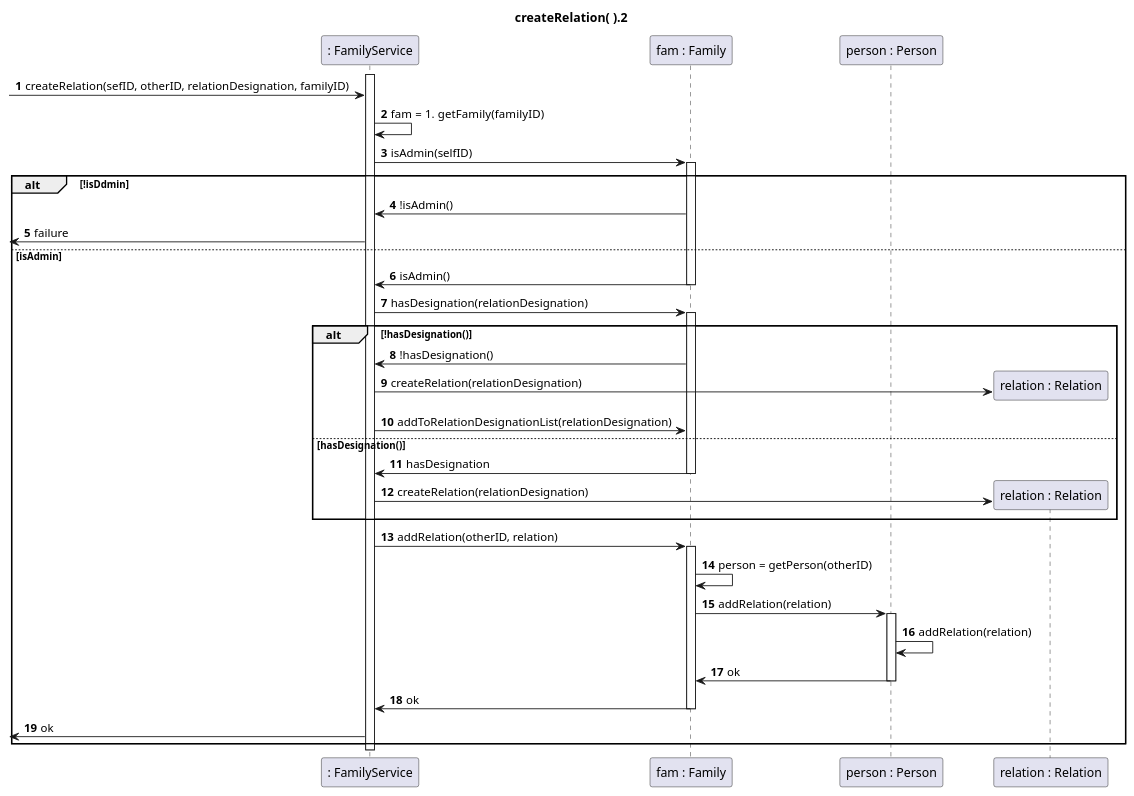
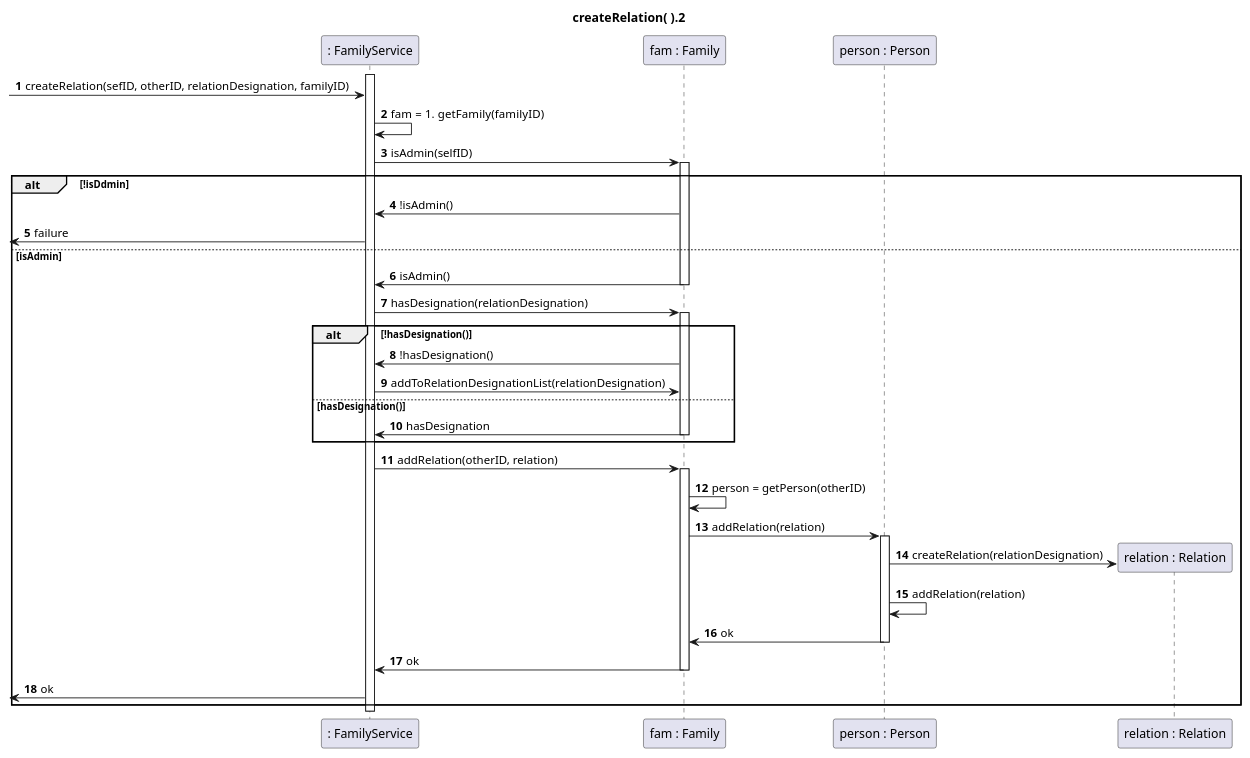
One commit to tomas-osswald/switch_2020_g3 changed the fourth of 5 diagrams in docs/US105_AddRelation.md. Above: the diagram before and after it, drawn with PlantUML. The commit also changed other lines of this file and 4 other files, not shown here.

Commit message:
changes in functionality flow to comply with GRASP principles and changes in documentation

````diff
--- a/docs/US105_AddRelation.md
+++ b/docs/US105_AddRelation.md
@@ -172,58 +172,58 @@
 ```puml
 autonumber
 title createRelation( ).2
 
 participant ": FamilyService" as service
 participant "fam : Family" as fam
 participant "person : Person" as person
 
 activate service
 -> service : createRelation(sefID, otherID, relationDesignation, familyID)
 service -> service : fam =  1. getFamily(familyID)
 
 service -> fam : isAdmin(selfID)
 activate fam
 
 alt !isDdmin
 fam -> service : !isAdmin()
 <- service : failure
 
 else isAdmin
 
 fam -> service: isAdmin()
 deactivate fam
 service -> fam : hasDesignation(relationDesignation)
 activate fam
 
 alt !hasDesignation()
 fam -> service : !hasDesignation()
 
 
-service -> "relation : Relation"** : createRelation(relationDesignation)
 service -> fam : addToRelationDesignationList(relationDesignation)
 
 else hasDesignation()
 
 fam -> service : hasDesignation
 deactivate fam
-service -> "relation : Relation"** : createRelation(relationDesignation)
 
 end
 
 service -> fam : addRelation(otherID, relation)
 activate fam
 fam -> fam : person = getPerson(otherID)
+
 fam -> person : addRelation(relation)
 activate person
+person -> "relation : Relation"** : createRelation(relationDesignation)
 person -> person : addRelation(relation)
 person -> fam : ok
 deactivate person
 fam -> service : ok
 deactivate fam
 <- service : ok
 
 end
 
 deactivate service
 
 ```
````
